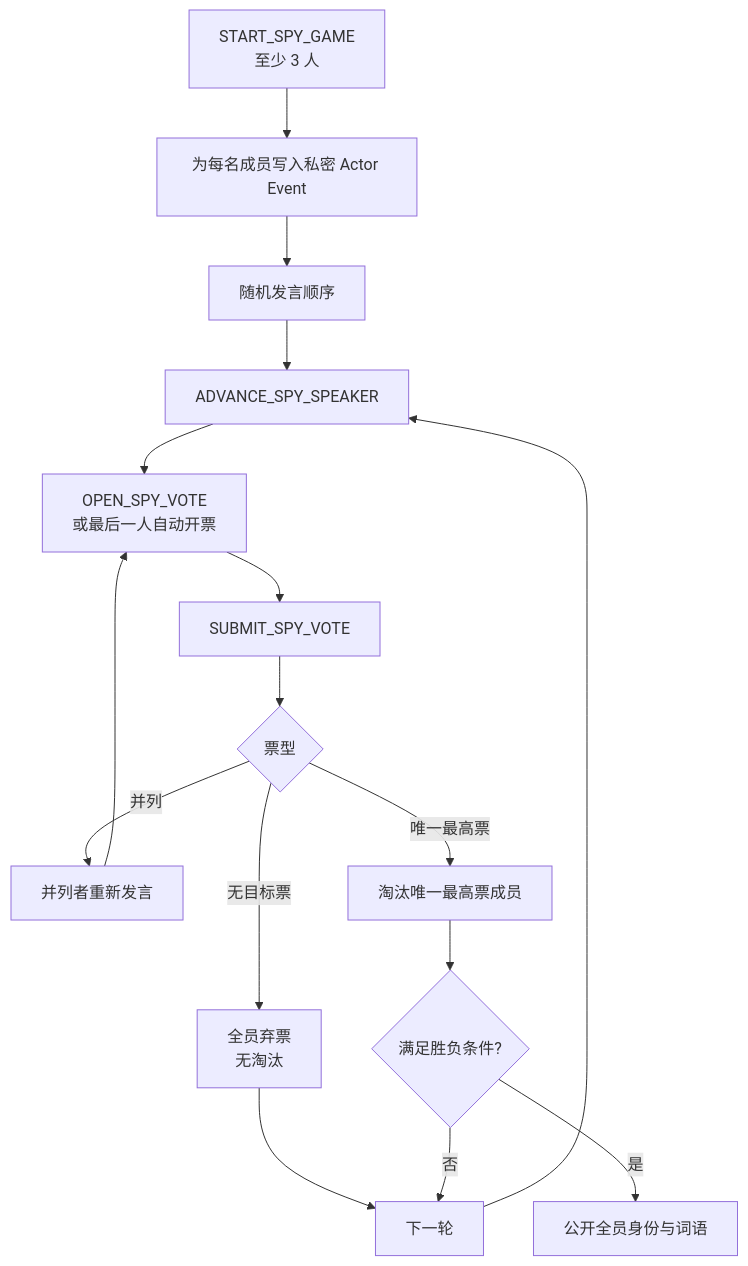
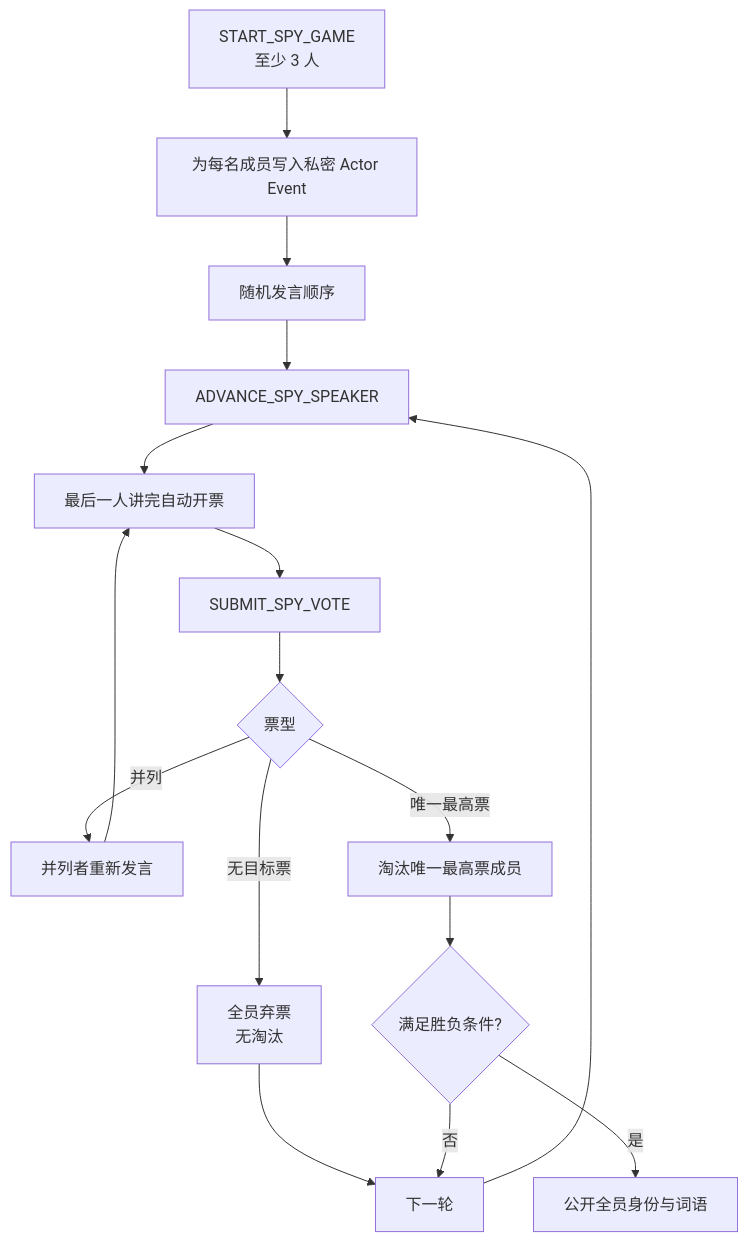
One commit to Bubble-419/cardboard-miniprogram changed diagram 15 of 19 in docs/ROOM_BUSINESS_FLOWS.md. Above: the diagram before and after it, drawn with Mermaid. The commit also changed other lines of this file and 33 other files, not shown here.

````diff
--- a/docs/ROOM_BUSINESS_FLOWS.md
+++ b/docs/ROOM_BUSINESS_FLOWS.md
@@ -549,23 +549,23 @@
 ```mermaid
 flowchart TD
   START[START_SPY_GAME<br/>至少 3 人]
   SECRET[为每名成员写入私密 Actor Event]
   ORDER[随机发言顺序]
   SPEAK[ADVANCE_SPY_SPEAKER]
-  OPEN[OPEN_SPY_VOTE<br/>或最后一人自动开票]
+  OPEN[最后一人讲完自动开票]
   SUBMIT[SUBMIT_SPY_VOTE]
   SHAPE{票型}
   TIE[并列者重新发言]
   ABSTAIN[全员弃票<br/>无淘汰]
   ELIM[淘汰唯一最高票成员]
   WIN{满足胜负条件?}
   SETTLED[公开全员身份与词语]
   NEXT[下一轮]
 
   START --> SECRET --> ORDER --> SPEAK --> OPEN --> SUBMIT --> SHAPE
   SHAPE -->|并列| TIE --> OPEN
   SHAPE -->|无目标票| ABSTAIN --> NEXT
   SHAPE -->|唯一最高票| ELIM --> WIN
   WIN -->|否| NEXT --> SPEAK
   WIN -->|是| SETTLED
 ```
````
